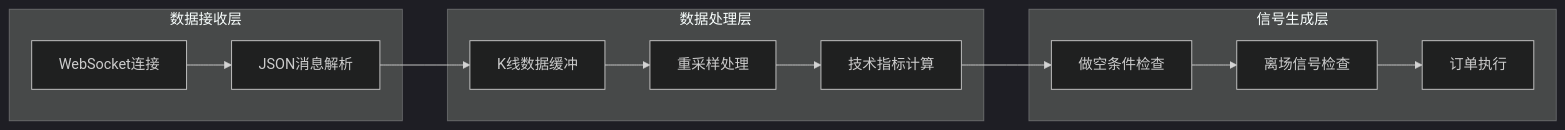
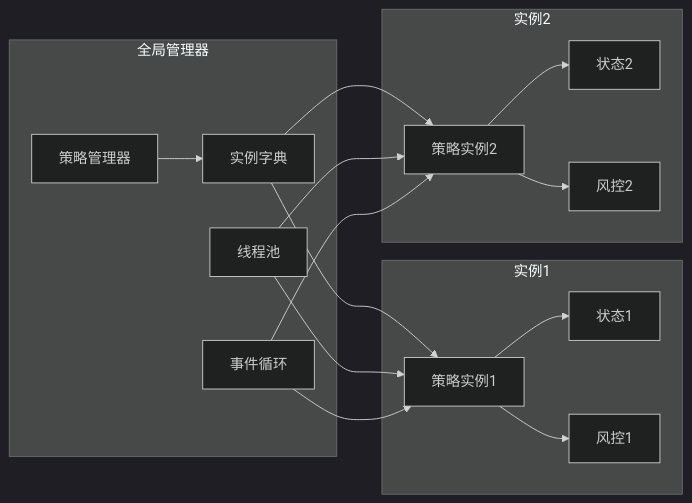
One commit to zyf266/ending changed the seventh of 9 diagrams in .qoder/repowiki/zh/content/核心模块详解/策略框架/具体策略实现/HYPE自适应做空策略.md. Above: the diagram before and after it, drawn with Mermaid (dark theme). The commit also changed other lines of this file and 40 other files, not shown here.

````diff
--- a/.qoder/repowiki/zh/content/核心模块详解/策略框架/具体策略实现/HYPE自适应做空策略.md
+++ b/.qoder/repowiki/zh/content/核心模块详解/策略框架/具体策略实现/HYPE自适应做空策略.md
@@ -200,24 +259,30 @@
 ```mermaid
 graph LR
-subgraph "数据接收层"
-WS[WebSocket连接]
-Parser[JSON消息解析]
+subgraph "全局管理器"
+Manager[策略管理器]
+Instances[实例字典]
+Threads[线程池]
+Loops[事件循环]
 end
-subgraph "数据处理层"
-Buffer[K线数据缓冲]
-Resample[重采样处理]
-Indicators[技术指标计算]
+subgraph "实例1"
+S1[策略实例1]
+Status1[状态1]
+Risk1[风控1]
 end
-subgraph "信号生成层"
-Condition[做空条件检查]
-ExitSignal[离场信号检查]
-OrderExecution[订单执行]
+subgraph "实例2"
+S2[策略实例2]
+Status2[状态2]
+Risk2[风控2]
 end
-WS --> Parser
-Parser --> Buffer
-Buffer --> Resample
-Resample --> Indicators
-Indicators --> Condition
-Condition --> ExitSignal
-ExitSignal --> OrderExecution
+Manager --> Instances
+Instances --> S1
+Instances --> S2
+Threads --> S1
+Threads --> S2
+Loops --> S1
+Loops --> S2
+S1 --> Status1
+S1 --> Risk1
+S2 --> Status2
+S2 --> Risk2
 ```
````
